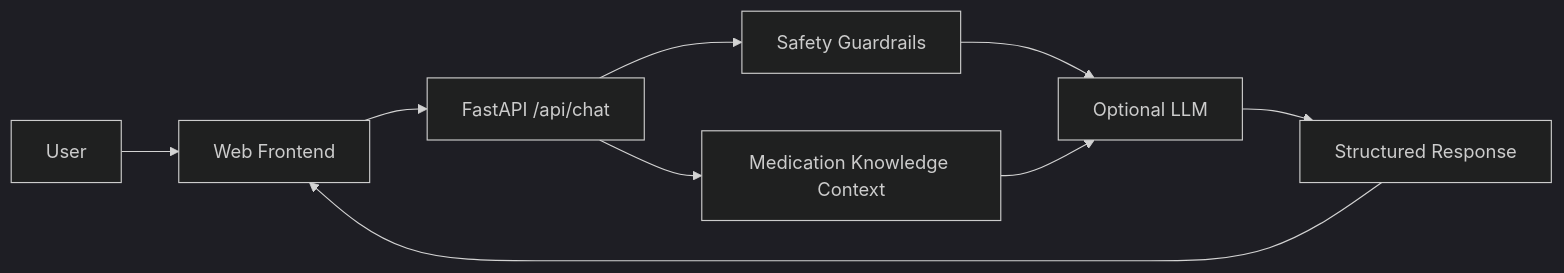
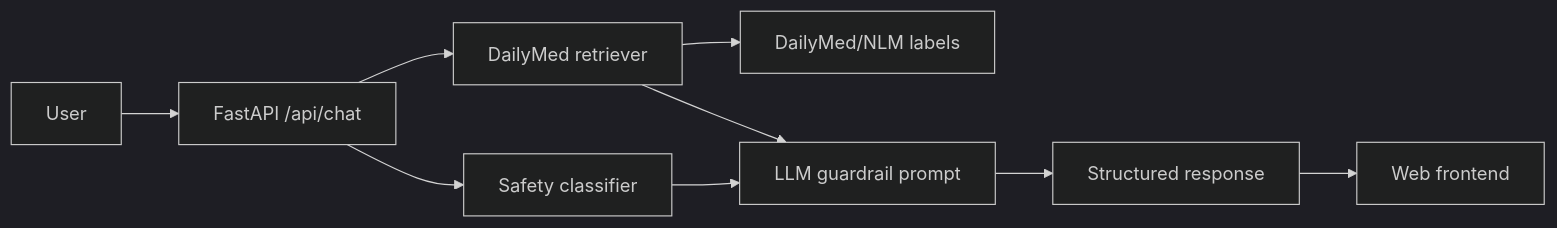
One commit to Nomaan-n/AI-pharmacy-assistant changed the diagram in README.md. Above: the diagram before and after it, drawn with Mermaid (dark theme). The commit also changed other lines of this file and 14 other files, not shown here.

````diff
--- a/README.md
+++ b/README.md
@@ -19,11 +11,11 @@
 ```mermaid
 flowchart LR
-  U[User] --> F[Web Frontend]
-  F --> A[FastAPI /api/chat]
-  A --> S[Safety Guardrails]
-  A --> K[Medication Knowledge Context]
-  S --> L[Optional LLM]
-  K --> L
-  L --> R[Structured Response]
-  R --> F
+  U[User] --> API[FastAPI /api/chat]
+  API --> S[Safety classifier]
+  API --> R[DailyMed retriever]
+  R --> D[DailyMed/NLM labels]
+  S --> L[LLM guardrail prompt]
+  R --> L
+  L --> O[Structured response]
+  O --> UI[Web frontend]
 ```
````
